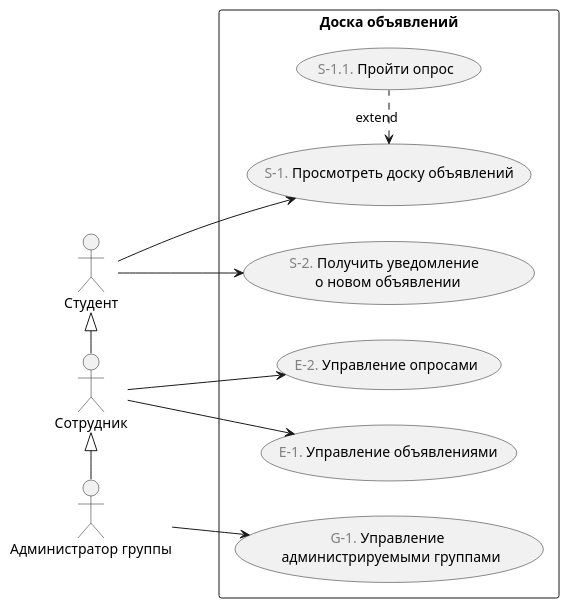
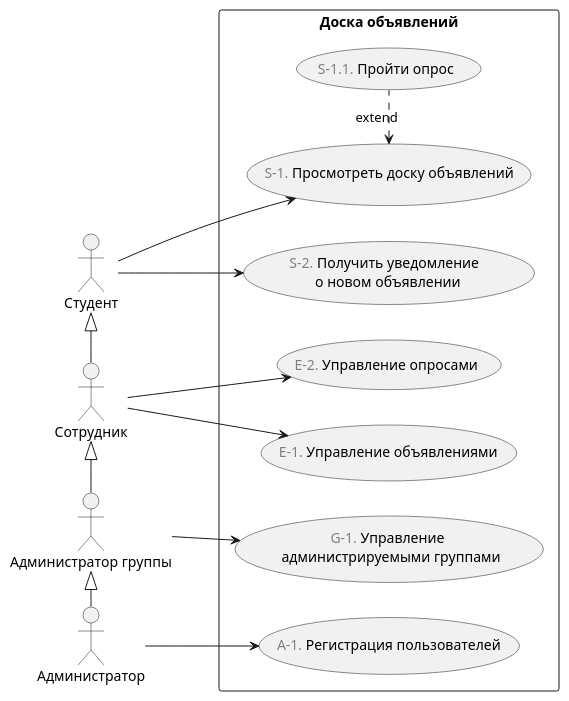
The diagram in doc/диаграммы/варианты-использования/_основная.puml (astu-app/ASTU-Bulletin-Board-Server), drawn with PlantUML before and after one commit. The commit also changed 7 other files, not shown here.

Commit message:
переработал диаграммы

```diff
--- a/doc/диаграммы/варианты-использования/_основная.puml
+++ b/doc/диаграммы/варианты-использования/_основная.puml
@@ -1,26 +1,30 @@
 @startuml
 'https://plantuml.com/use-case-diagram 
 
 left to right direction
 
 :Студент: as student
 :Сотрудник: as employee
 :Администратор группы: as groupAdmin
+:Администратор: as admin
 
 rectangle "Доска объявлений" {
     (<font color="gray">S-1.</font> Просмотреть доску объявлений) as view_board
     (<font color="gray">S-1.1.</font> Пройти опрос) as take_survey
     
     student --> view_board
     view_board <.right. take_survey : extend
     student --> (<font color="gray">S-2.</font> Получить уведомление \n о новом объявлении)
     
     student <|-r- employee
     employee --> (<font color="gray">E-2.</font> Управление опросами)
     employee --> (<font color="gray">E-1.</font> Управление объявлениями)
     
     employee <|-r- groupAdmin
     groupAdmin --> (<font color="gray">G-1.</font> Управление \n администрируемыми группами)
+    
+    groupAdmin <|-r- admin 
+    admin --> (<font color="gray">A-1.</font> Регистрация пользователей)
 }
 
 @enduml
```
